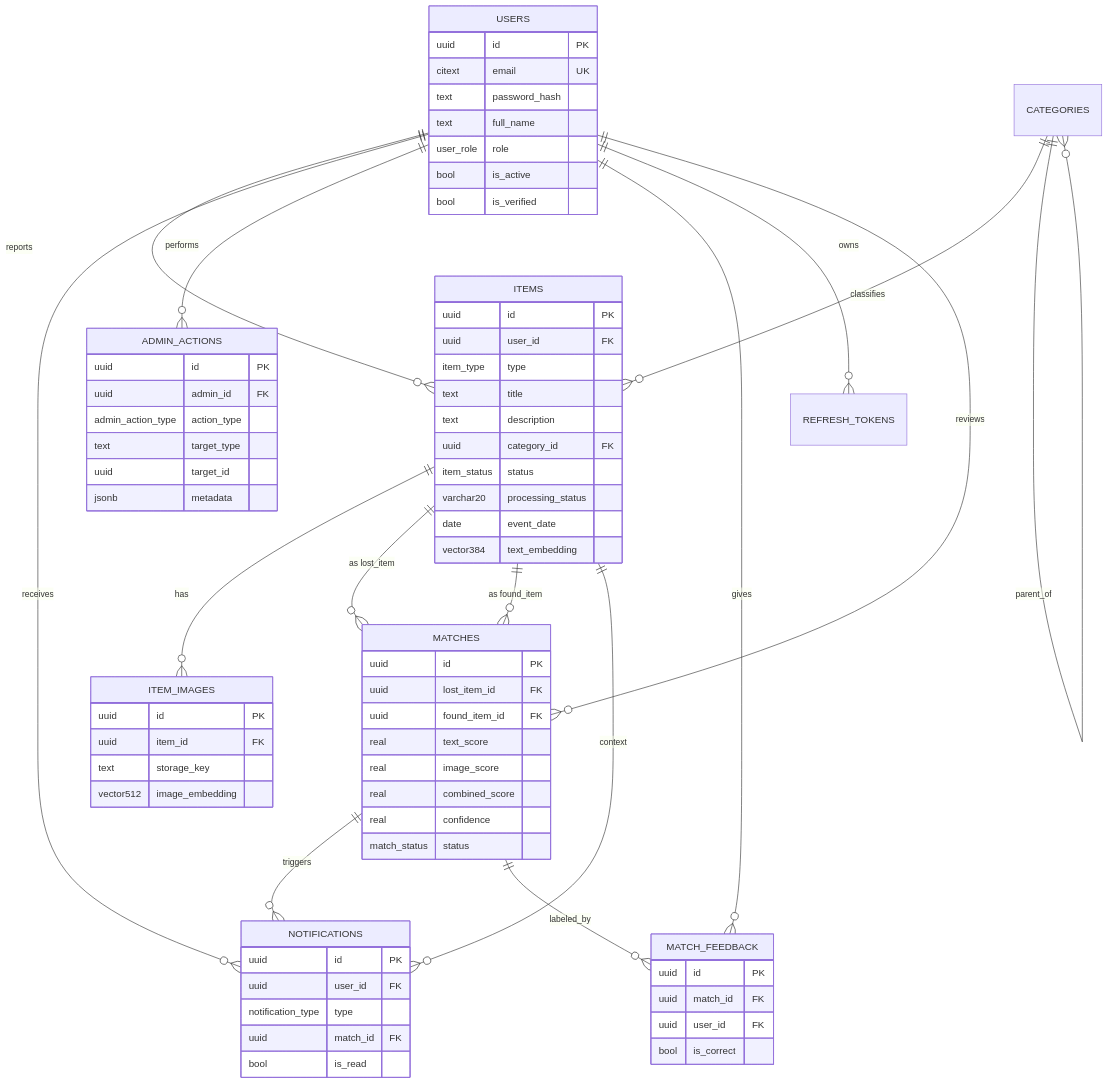
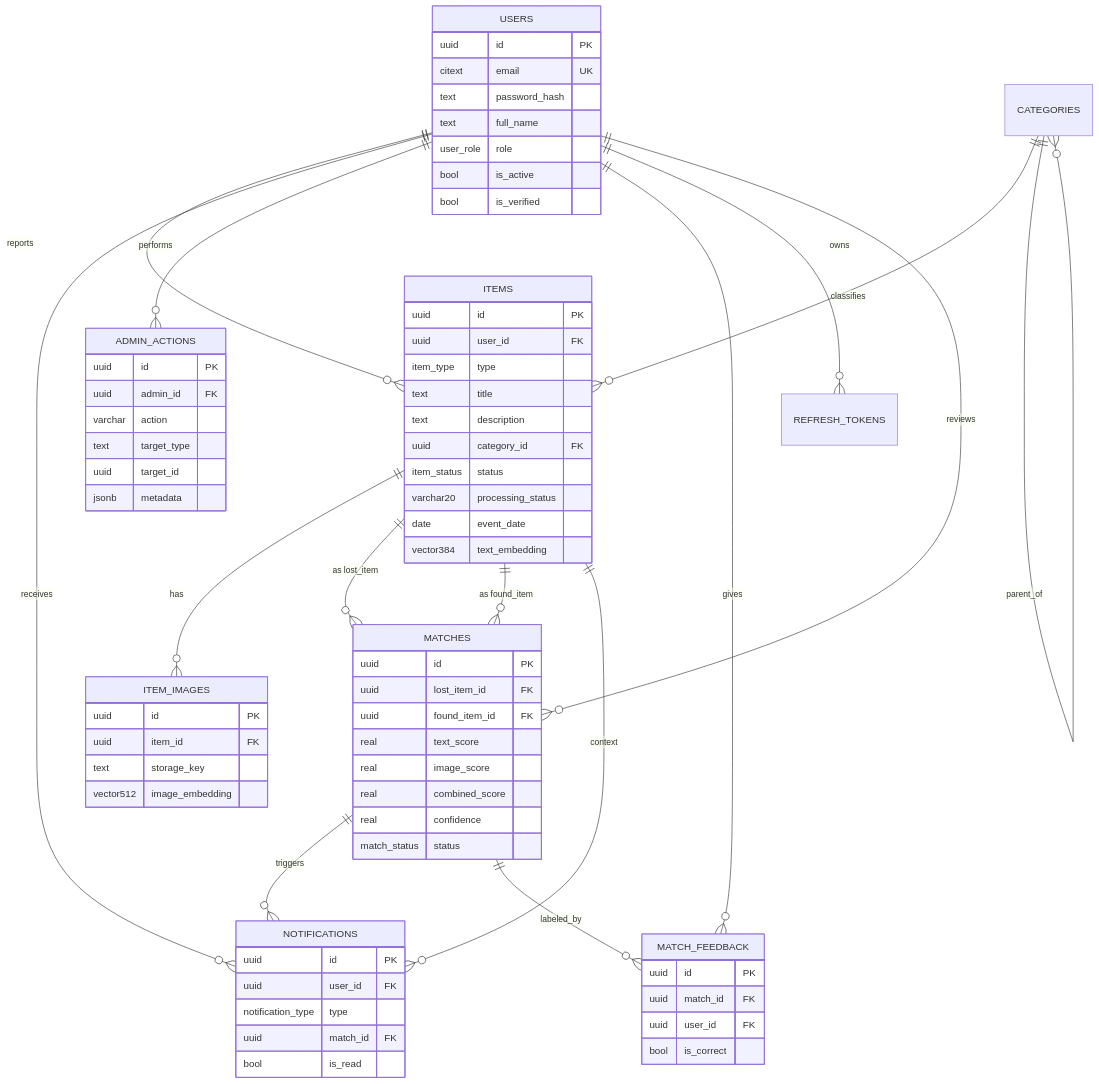
The diagram in docs/database.md (naimgacem/lasauce), drawn with Mermaid before and after one commit. The commit also changed other lines of this file and 109 other files, not shown here.

````diff
--- a/docs/database.md
+++ b/docs/database.md
@@ -264,79 +267,79 @@
 ```mermaid
 erDiagram
     USERS ||--o{ ITEMS            : reports
     USERS ||--o{ NOTIFICATIONS    : receives
     USERS ||--o{ ADMIN_ACTIONS    : performs
     USERS ||--o{ MATCH_FEEDBACK   : gives
     USERS ||--o{ REFRESH_TOKENS   : owns
     USERS ||--o{ MATCHES          : reviews
 
     CATEGORIES ||--o{ ITEMS       : classifies
     CATEGORIES ||--o{ CATEGORIES  : parent_of
 
     ITEMS ||--o{ ITEM_IMAGES      : has
     ITEMS ||--o{ MATCHES          : "as lost_item"
     ITEMS ||--o{ MATCHES          : "as found_item"
     ITEMS ||--o{ NOTIFICATIONS    : context
 
     MATCHES ||--o{ NOTIFICATIONS  : triggers
     MATCHES ||--o{ MATCH_FEEDBACK : labeled_by
 
     USERS {
       uuid id PK
       citext email UK
       text password_hash
       text full_name
       user_role role
       bool is_active
       bool is_verified
     }
     ITEMS {
       uuid id PK
       uuid user_id FK
       item_type type
       text title
       text description
       uuid category_id FK
       item_status status
       varchar20 processing_status
       date event_date
       vector384 text_embedding
     }
     ITEM_IMAGES {
       uuid id PK
       uuid item_id FK
       text storage_key
       vector512 image_embedding
     }
     MATCHES {
       uuid id PK
       uuid lost_item_id FK
       uuid found_item_id FK
       real text_score
       real image_score
       real combined_score
       real confidence
       match_status status
     }
     NOTIFICATIONS {
       uuid id PK
       uuid user_id FK
       notification_type type
       uuid match_id FK
       bool is_read
     }
     ADMIN_ACTIONS {
       uuid id PK
       uuid admin_id FK
-      admin_action_type action_type
+      varchar action
       text target_type
       uuid target_id
       jsonb metadata
     }
     MATCH_FEEDBACK {
       uuid id PK
       uuid match_id FK
       uuid user_id FK
       bool is_correct
     }
 ```
````
